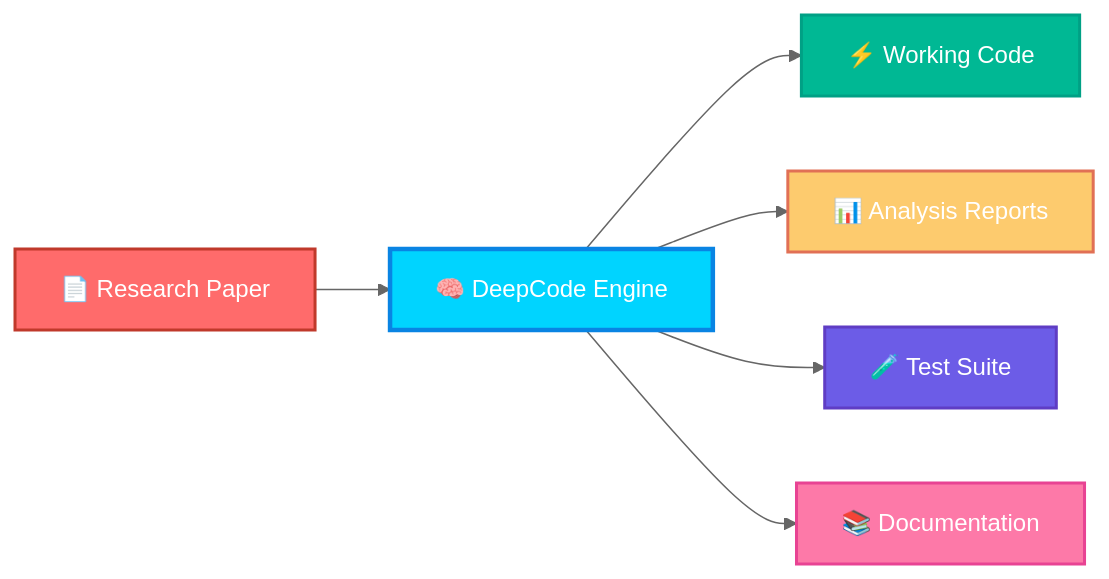
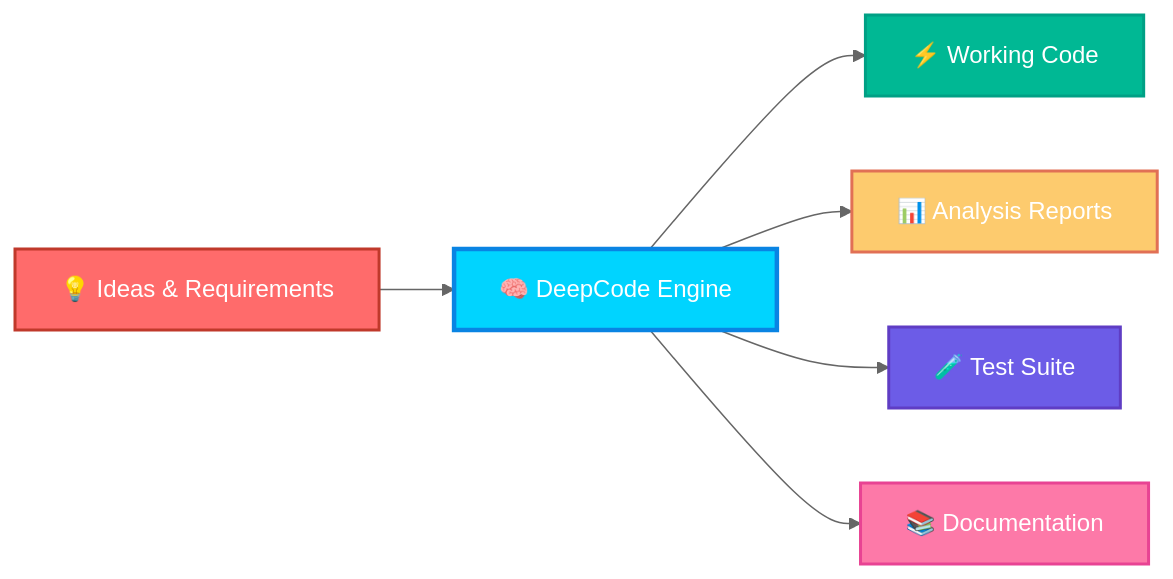
Before and after one commit to randy888chan/DeepCode: the first of 2 diagrams in README.md, drawn with Mermaid (neutral theme). The commit also changed other lines of this file, not shown here.

````diff
--- a/README.md
+++ b/README.md
@@ -72,15 +44,15 @@
 ```mermaid
 graph LR
-    A[📄 Research Paper] --> B[🧠 DeepCode Engine]
+    A[💡 Ideas & Requirements] --> B[🧠 DeepCode Engine]
     B --> C[⚡ Working Code]
     B --> D[📊 Analysis Reports]
     B --> E[🧪 Test Suite]
     B --> F[📚 Documentation]
     
     style A fill:#ff6b6b,stroke:#c0392b,stroke-width:2px,color:#fff
     style B fill:#00d4ff,stroke:#0984e3,stroke-width:3px,color:#fff
     style C fill:#00b894,stroke:#00a085,stroke-width:2px,color:#fff
     style D fill:#fdcb6e,stroke:#e17055,stroke-width:2px,color:#fff
     style E fill:#6c5ce7,stroke:#5f3dc4,stroke-width:2px,color:#fff
     style F fill:#fd79a8,stroke:#e84393,stroke-width:2px,color:#fff
 ```
````
